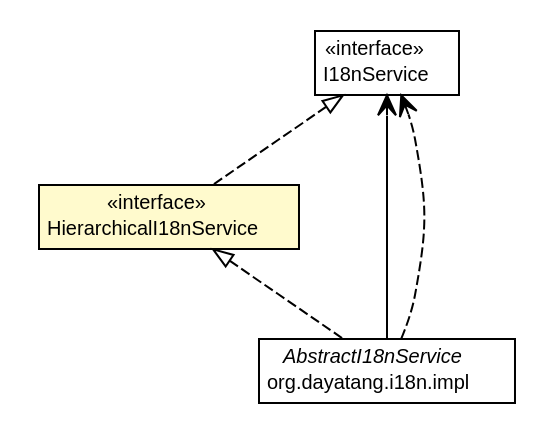
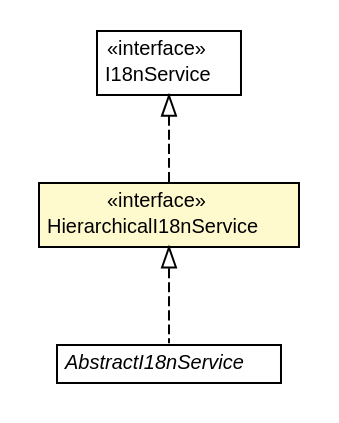
The diagram in dddlib-i18n/apidocs/org/dayatang/i18n/HierarchicalI18nService.dot (dayatang/dddlib), drawn with Graphviz before and after one commit. The commit also changed 127 other files, not shown here.

```diff
--- a/dddlib-i18n/apidocs/org/dayatang/i18n/HierarchicalI18nService.dot
+++ b/dddlib-i18n/apidocs/org/dayatang/i18n/HierarchicalI18nService.dot
@@ -1,41 +1,36 @@
 #!/usr/local/bin/dot
 #
 # Class diagram 
 # Generated by UMLGraph version R5_6_6-8-g8d7759 (http://www.umlgraph.org/)
 #
 
 digraph G {
 	edge [fontname="Helvetica",fontsize=10,labelfontname="Helvetica",labelfontsize=10];
 	node [fontname="Helvetica",fontsize=10,shape=plaintext];
 	nodesep=0.25;
 	ranksep=0.5;
 	// org.dayatang.i18n.I18nService
-	c53 [label=<<table title="org.dayatang.i18n.I18nService" border="0" cellborder="1" cellspacing="0" cellpadding="2" port="p" href="./I18nService.html">
+	c44 [label=<<table title="org.dayatang.i18n.I18nService" border="0" cellborder="1" cellspacing="0" cellpadding="2" port="p" href="./I18nService.html">
 		<tr><td><table border="0" cellspacing="0" cellpadding="1">
 <tr><td align="center" balign="center"> &#171;interface&#187; </td></tr>
 <tr><td align="center" balign="center"> I18nService </td></tr>
 		</table></td></tr>
 		</table>>, URL="./I18nService.html", fontname="Helvetica", fontcolor="black", fontsize=10.0];
 	// org.dayatang.i18n.HierarchicalI18nService
-	c54 [label=<<table title="org.dayatang.i18n.HierarchicalI18nService" border="0" cellborder="1" cellspacing="0" cellpadding="2" port="p" bgcolor="lemonChiffon" href="./HierarchicalI18nService.html">
+	c45 [label=<<table title="org.dayatang.i18n.HierarchicalI18nService" border="0" cellborder="1" cellspacing="0" cellpadding="2" port="p" bgcolor="lemonChiffon" href="./HierarchicalI18nService.html">
 		<tr><td><table border="0" cellspacing="0" cellpadding="1">
 <tr><td align="center" balign="center"> &#171;interface&#187; </td></tr>
 <tr><td align="center" balign="center"> HierarchicalI18nService </td></tr>
 		</table></td></tr>
 		</table>>, URL="./HierarchicalI18nService.html", fontname="Helvetica", fontcolor="black", fontsize=10.0];
 	// org.dayatang.i18n.impl.AbstractI18nService
-	c57 [label=<<table title="org.dayatang.i18n.impl.AbstractI18nService" border="0" cellborder="1" cellspacing="0" cellpadding="2" port="p" href="./impl/AbstractI18nService.html">
+	c48 [label=<<table title="org.dayatang.i18n.impl.AbstractI18nService" border="0" cellborder="1" cellspacing="0" cellpadding="2" port="p" href="./impl/AbstractI18nService.html">
 		<tr><td><table border="0" cellspacing="0" cellpadding="1">
 <tr><td align="center" balign="center"><font face="Helvetica-Oblique"> AbstractI18nService </font></td></tr>
-<tr><td align="center" balign="center"> org.dayatang.i18n.impl </td></tr>
 		</table></td></tr>
 		</table>>, URL="./impl/AbstractI18nService.html", fontname="Helvetica", fontcolor="black", fontsize=10.0];
 	//org.dayatang.i18n.HierarchicalI18nService implements org.dayatang.i18n.I18nService
-	c53:p -> c54:p [dir=back,arrowtail=empty,style=dashed];
+	c44:p -> c45:p [dir=back,arrowtail=empty,style=dashed];
 	//org.dayatang.i18n.impl.AbstractI18nService implements org.dayatang.i18n.HierarchicalI18nService
-	c54:p -> c57:p [dir=back,arrowtail=empty,style=dashed];
-	// org.dayatang.i18n.impl.AbstractI18nService NAVASSOC org.dayatang.i18n.I18nService
-	c57:p -> c53:p [taillabel="", label=" "headlabel="", fontname="Helvetica", fontcolor="black", fontsize=10.0, color="black", arrowhead=open];
-	// org.dayatang.i18n.impl.AbstractI18nService DEPEND org.dayatang.i18n.I18nService
-	c57:p -> c53:p [taillabel="", label=" "headlabel="", fontname="Helvetica", fontcolor="black", fontsize=10.0, color="black", arrowhead=open, style=dashed];
+	c45:p -> c48:p [dir=back,arrowtail=empty,style=dashed];
 }
```
